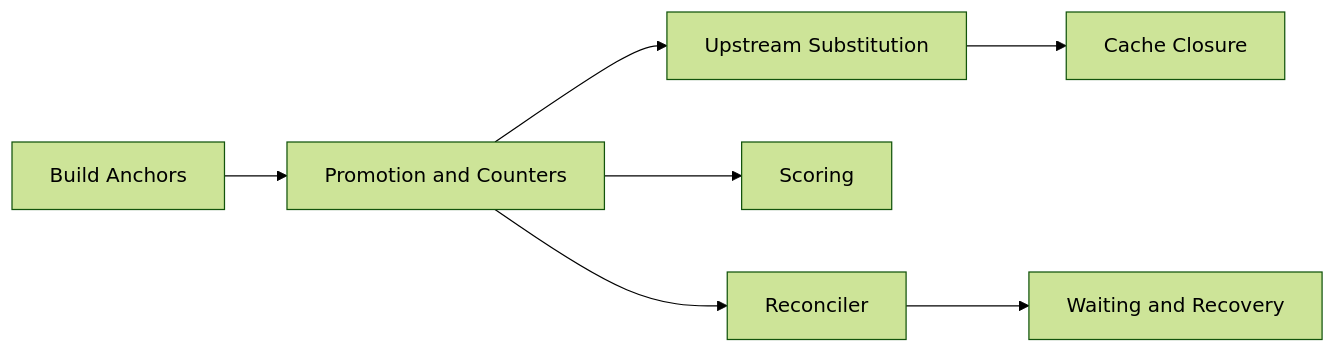
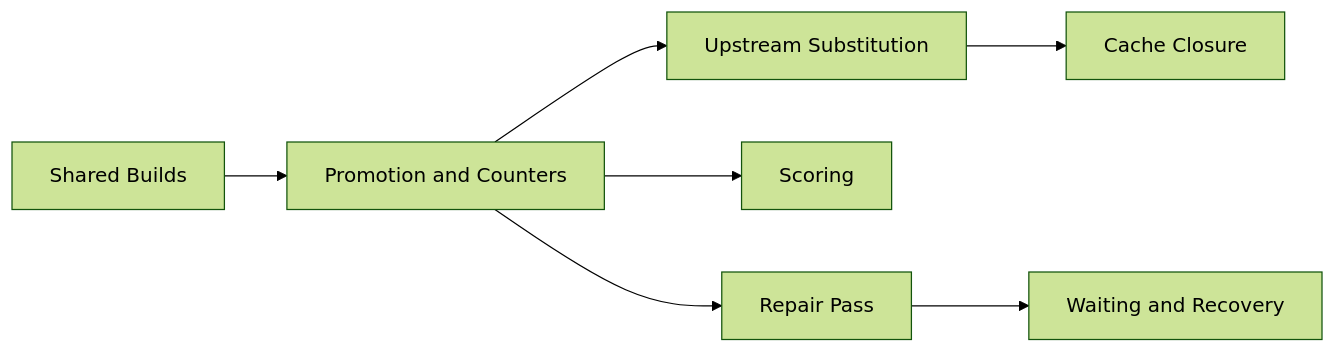
Before and after one commit to wavelens/gradient: the diagram in docs/src/contributors/scheduler/index.md, drawn with Mermaid (forest theme). The commit also changed other lines of this file and 61 other files, not shown here.

````diff
--- a/docs/src/contributors/scheduler/index.md
+++ b/docs/src/contributors/scheduler/index.md
@@ -5,9 +5,9 @@
 ```mermaid
 flowchart LR
-    anchor[Build Anchors] --> promo[Promotion and Counters]
+    shared[Shared Builds] --> promo[Promotion and Counters]
     promo --> subst[Upstream Substitution]
     promo --> score[Scoring]
     subst --> closure[Cache Closure]
-    promo --> recon[Reconciler]
+    promo --> recon[Repair Pass]
     recon --> wait[Waiting and Recovery]
 ```
````
